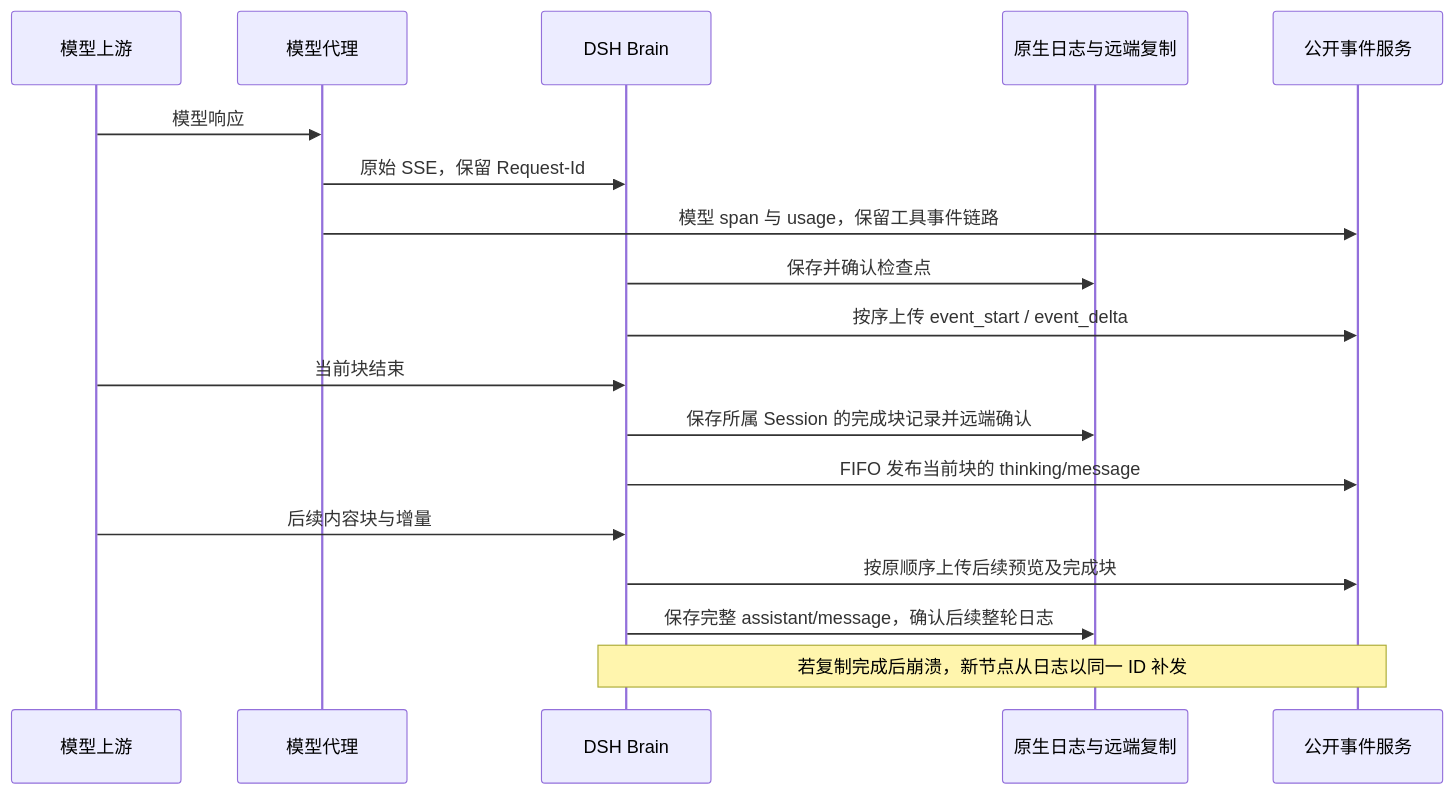
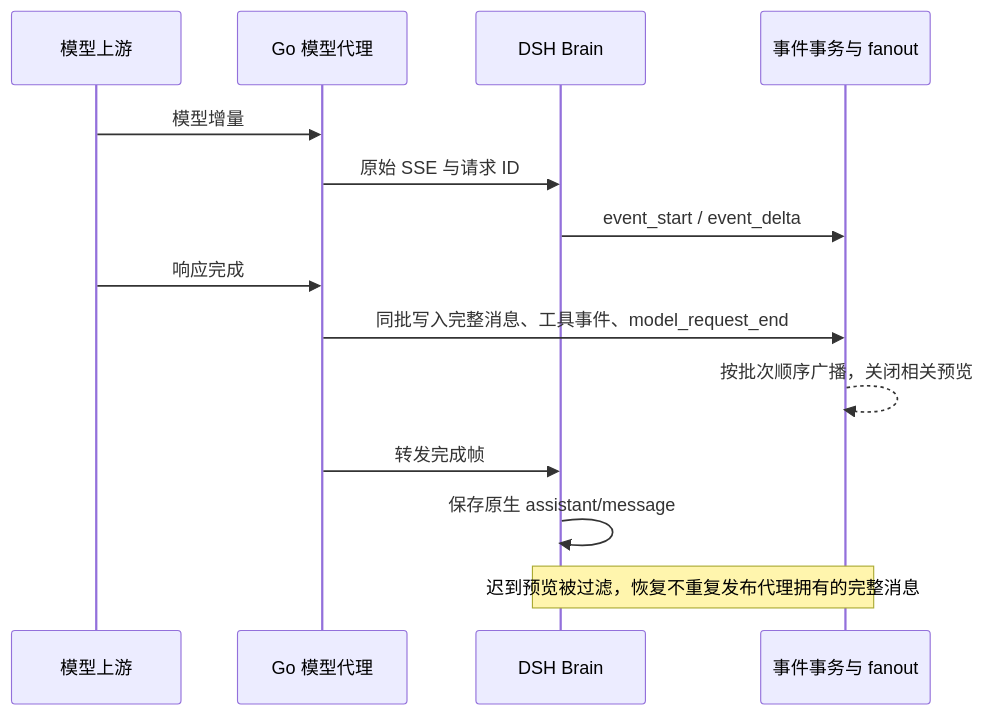
One commit to superduck-ai/open-managed-agents changed the eighth of 11 diagrams in docs/design/be/brain-runtime.md. Above: the diagram before and after it, drawn with Mermaid. The commit also changed other lines of this file and 120 other files, not shown here.

````diff
--- a/docs/design/be/brain-runtime.md
+++ b/docs/design/be/brain-runtime.md
@@ -334,20 +338,16 @@
 ```mermaid
 sequenceDiagram
     participant Upstream as 模型上游
-    participant Proxy as 模型代理
+    participant Proxy as Go 模型代理
     participant Brain as DSH Brain
-    participant Log as 原生日志与远端复制
-    participant Events as 公开事件服务
-    Upstream->>Proxy: 模型响应
-    Proxy->>Brain: 原始 SSE，保留 Request-Id
-    Proxy->>Events: 模型 span 与 usage，保留工具事件链路
-    Brain->>Log: 保存并确认检查点
-    Brain->>Events: 按序上传 event_start / event_delta
-    Upstream->>Brain: 当前块结束
-    Brain->>Log: 保存所属 Session 的完成块记录并远端确认
-    Brain->>Events: FIFO 发布当前块的 thinking/message
-    Upstream->>Brain: 后续内容块与增量
-    Brain->>Events: 按原顺序上传后续预览及完成块
-    Brain->>Log: 保存完整 assistant/message，确认后续整轮日志
-    Note over Brain,Events: 若复制完成后崩溃，新节点从日志以同一 ID 补发
+    participant Events as 事件事务与 fanout
+    Upstream->>Proxy: 模型增量
+    Proxy->>Brain: 原始 SSE 与请求 ID
+    Brain->>Events: event_start / event_delta
+    Upstream->>Proxy: 响应完成
+    Proxy->>Events: 同批写入完整消息、工具事件、model_request_end
+    Events-->>Events: 按批次顺序广播，关闭相关预览
+    Proxy->>Brain: 转发完成帧
+    Brain->>Brain: 保存原生 assistant/message
+    Note over Brain,Events: 迟到预览被过滤，恢复不重复发布代理拥有的完整消息
 ```
````
